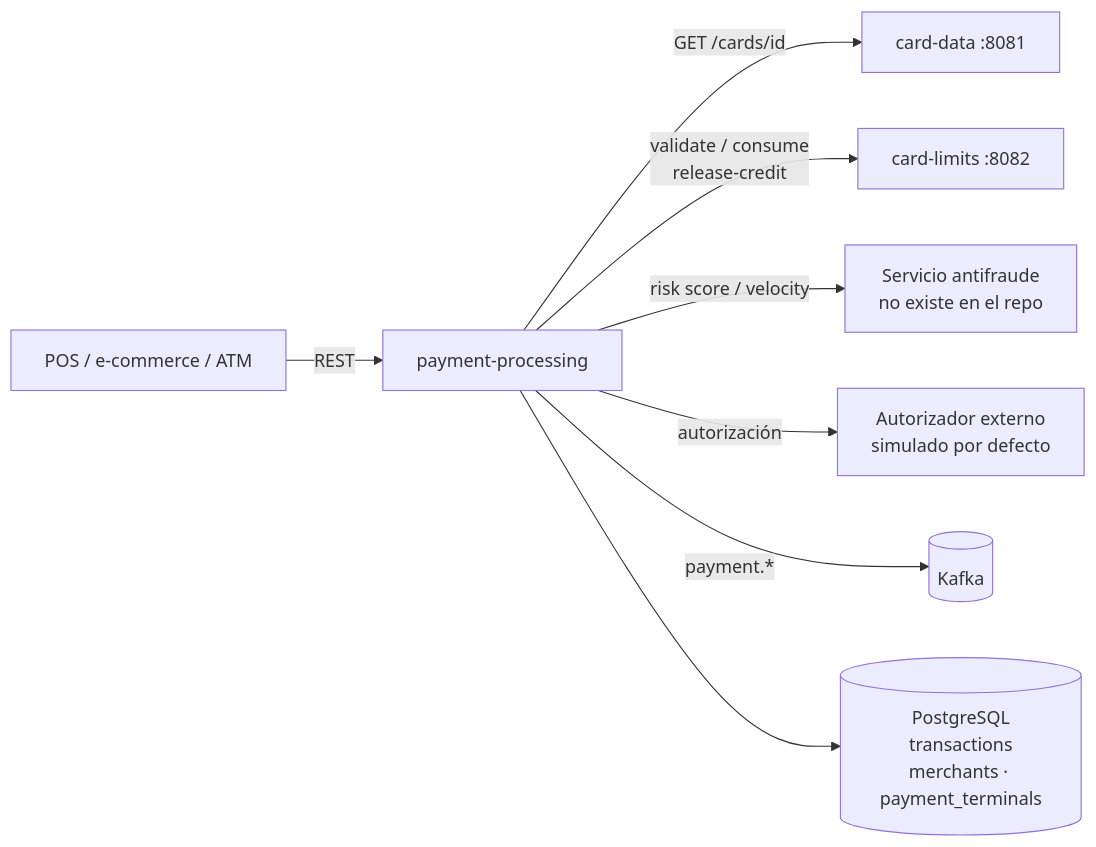
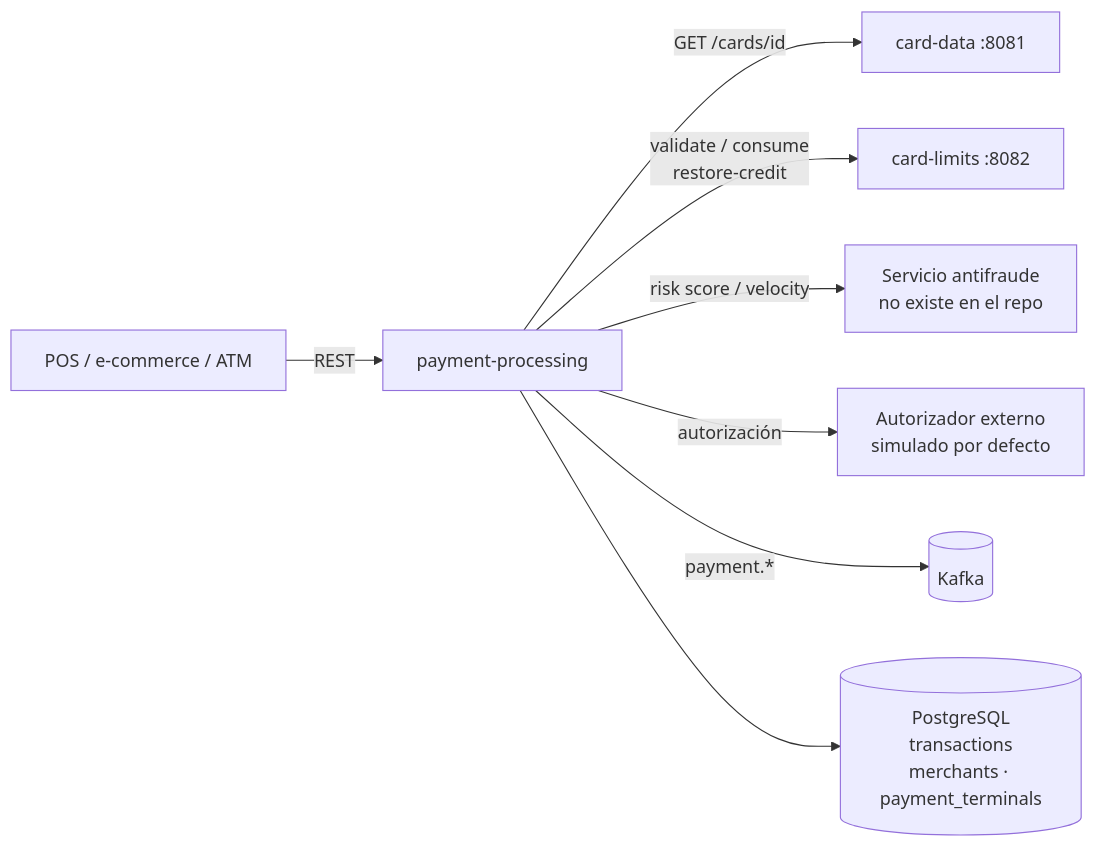
Before and after one commit to creditcard-managment/card-managment-service: the first of 3 diagrams in docs/technical/PAYMENT.md, drawn with Mermaid. The commit also changed other lines of this file and 53 other files, not shown here.

````diff
--- a/docs/technical/PAYMENT.md
+++ b/docs/technical/PAYMENT.md
@@ -26,10 +26,10 @@
 ```mermaid
 flowchart LR
     POS[POS / e-commerce / ATM] -->|REST| PP[payment-processing]
     PP -->|GET /cards/id| CD[card-data :8081]
-    PP -->|validate / consume<br/>release-credit| CLM[card-limits :8082]
+    PP -->|validate / consume<br/>restore-credit| CLM[card-limits :8082]
     PP -->|risk score / velocity| FS[Servicio antifraude<br/>no existe en el repo]
     PP -->|autorización| AS[Autorizador externo<br/>simulado por defecto]
     PP -->|payment.*| K[(Kafka)]
     PP --> DB[(PostgreSQL<br/>transactions<br/>merchants · payment_terminals)]
 ```
````
